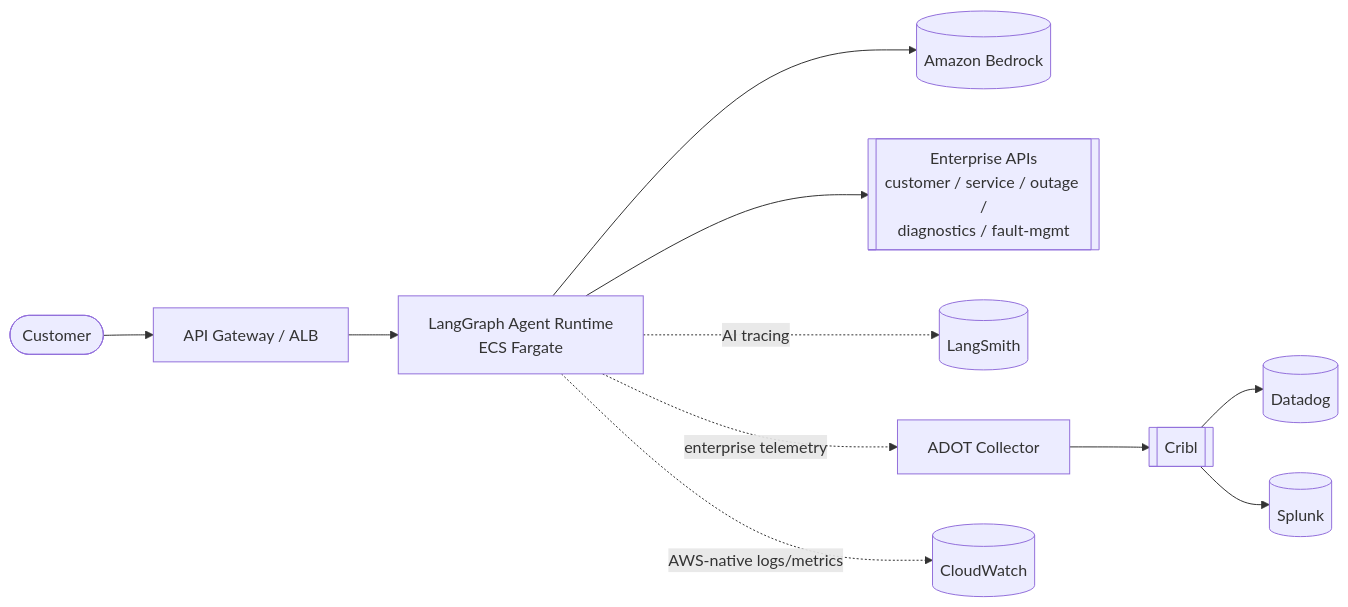
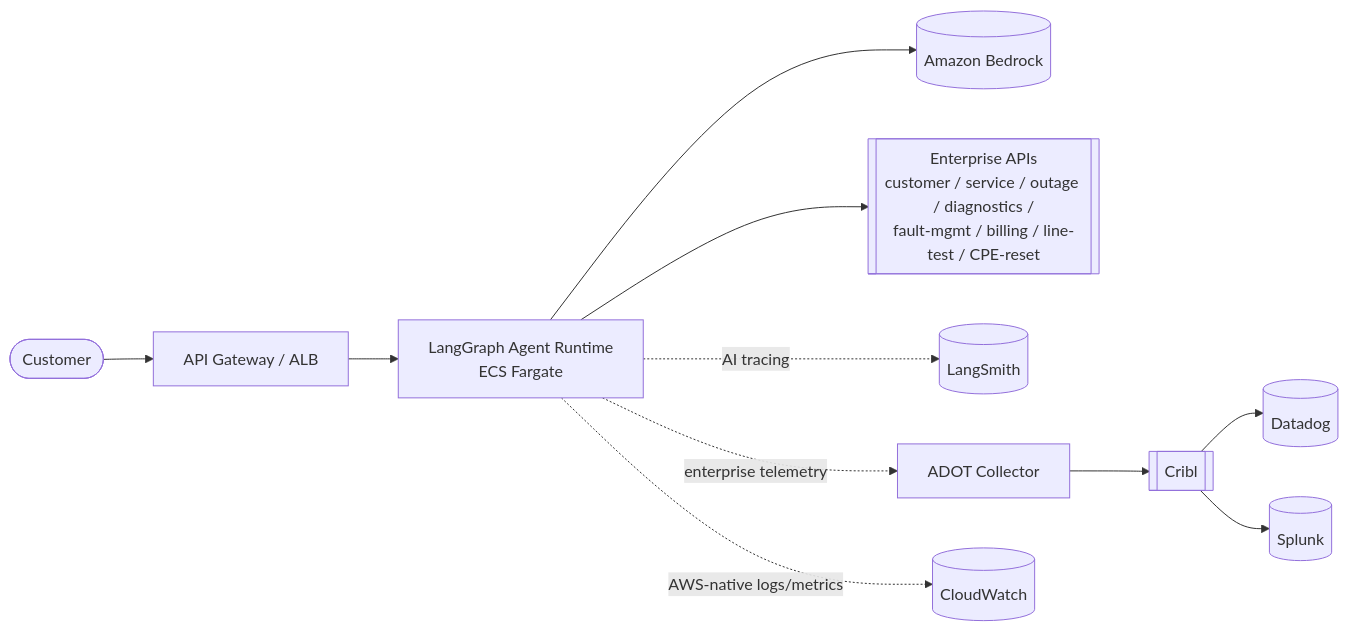
The first of 5 diagrams in docs/architecture.md (linyanqing/BroadbandServiceTriageAIAgent), drawn with Mermaid before and after one commit. The commit also changed other lines of this file and 48 other files, not shown here.

````diff
--- a/docs/architecture.md
+++ b/docs/architecture.md
@@ -5,23 +5,23 @@
 ```mermaid
 flowchart LR
     Customer([Customer])
     API["API Gateway / ALB"]
     Agent["LangGraph Agent Runtime<br/>ECS Fargate"]
     Bedrock[("Amazon Bedrock")]
-    Enterprise[["Enterprise APIs<br/>customer / service / outage /<br/>diagnostics / fault-mgmt"]]
+    Enterprise[["Enterprise APIs<br/>customer / service / outage / diagnostics /<br/>fault-mgmt / billing / line-test / CPE-reset"]]
     LangSmith[("LangSmith")]
     ADOT["ADOT Collector"]
     Cribl[["Cribl"]]
     Datadog[("Datadog")]
     Splunk[("Splunk")]
     CloudWatch[("CloudWatch")]
 
     Customer --> API --> Agent
     Agent --> Bedrock
     Agent --> Enterprise
     Agent -. "AI tracing" .-> LangSmith
     Agent -. "enterprise telemetry" .-> ADOT --> Cribl
     Cribl --> Datadog
     Cribl --> Splunk
     Agent -. "AWS-native logs/metrics" .-> CloudWatch
 ```
````
